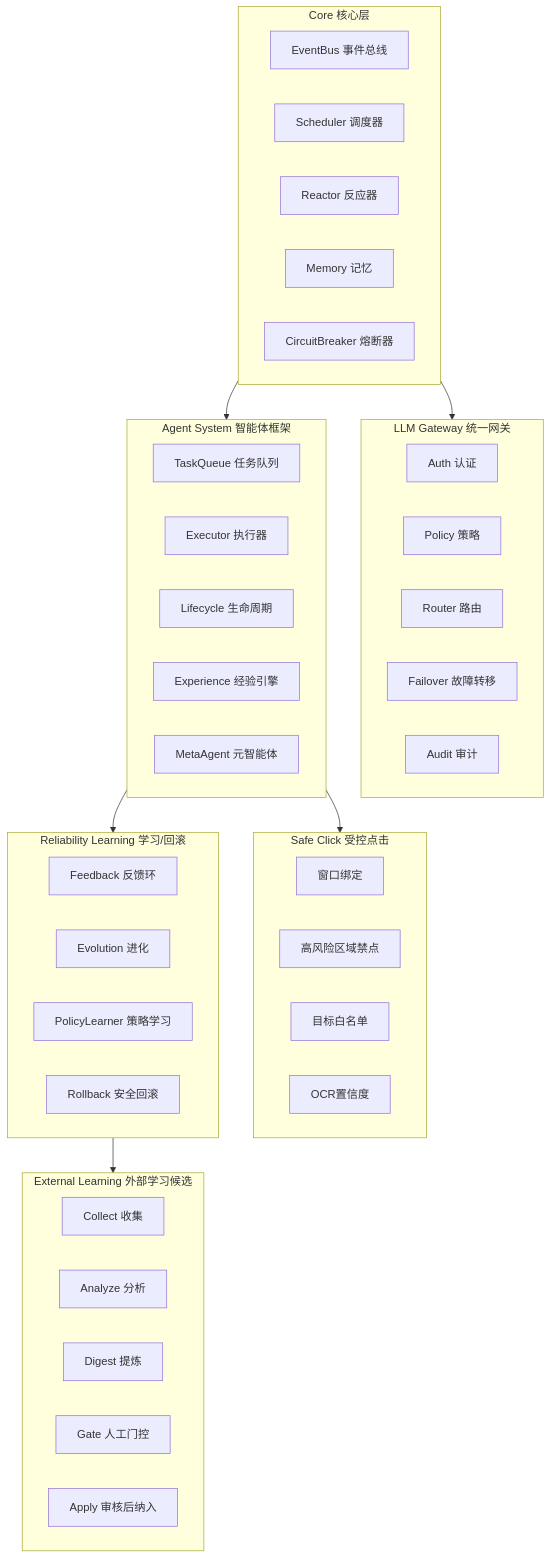
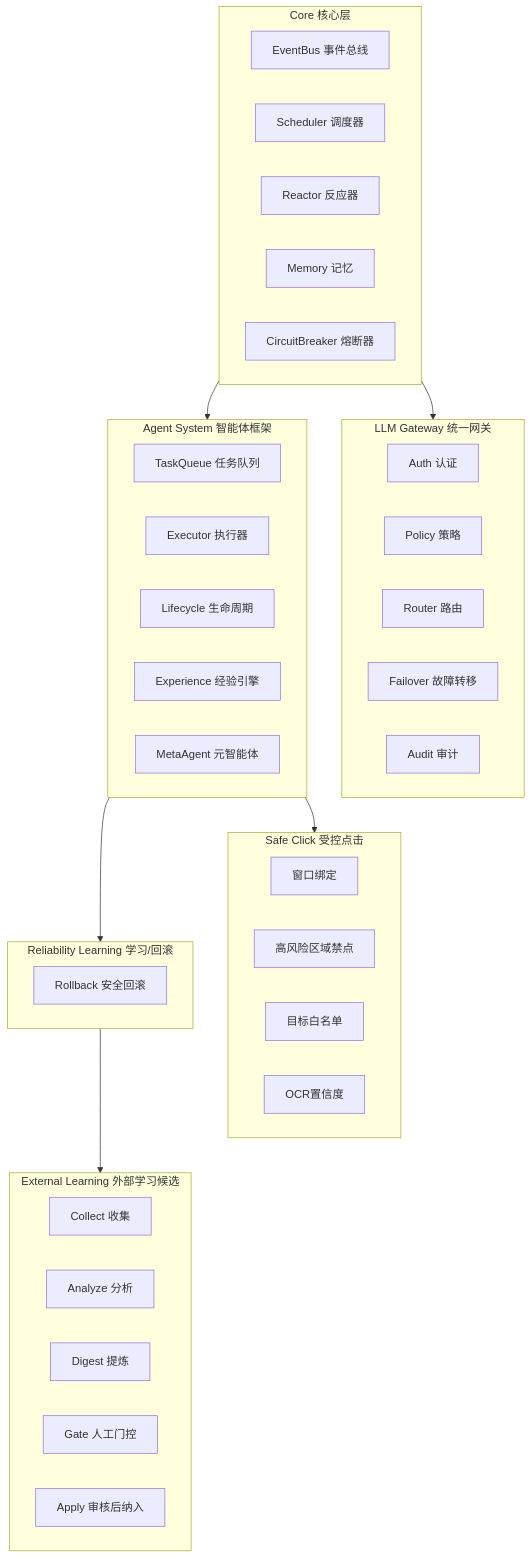
Before and after one commit to yangfei222666-9/taiji: the diagram in README.md, drawn with Mermaid. The commit also changed other lines of this file and 130 other files, not shown here.

````diff
--- a/README.md
+++ b/README.md
@@ -135,54 +135,51 @@
 ```mermaid
 graph TB
     subgraph Core["Core 核心层"]
         EB[EventBus 事件总线]
         SC[Scheduler 调度器]
         RE[Reactor 反应器]
         MEM[Memory 记忆]
         CB[CircuitBreaker 熔断器]
     end
 
     subgraph Gateway["LLM Gateway 统一网关"]
         AUTH[Auth 认证]
         POLICY[Policy 策略]
         ROUTE[Router 路由]
         FAIL[Failover 故障转移]
         AUDIT[Audit 审计]
     end
 
     subgraph Agent["Agent System 智能体框架"]
         TQ[TaskQueue 任务队列]
         EX[Executor 执行器]
         LC[Lifecycle 生命周期]
         EXP[Experience 经验引擎]
         META[MetaAgent 元智能体]
     end
 
     subgraph SafeClick["Safe Click 受控点击"]
         G1[窗口绑定]
         G2[高风险区域禁点]
         G3[目标白名单]
         G4[OCR置信度]
     end
 
     subgraph Learning["Reliability Learning 学习/回滚"]
-        FB[Feedback 反馈环]
-        EVO[Evolution 进化]
-        PL[PolicyLearner 策略学习]
         RB[Rollback 安全回滚]
     end
 
     subgraph ExternalLearning["External Learning 外部学习候选"]
         DISC[Collect 收集]
         ANA[Analyze 分析]
         DIG[Digest 提炼]
         GATE[Gate 人工门控]
         SOL[Apply 审核后纳入]
     end
 
     Core --> Gateway
     Core --> Agent
     Agent --> SafeClick
     Agent --> Learning
     Learning --> ExternalLearning
 ```
````
